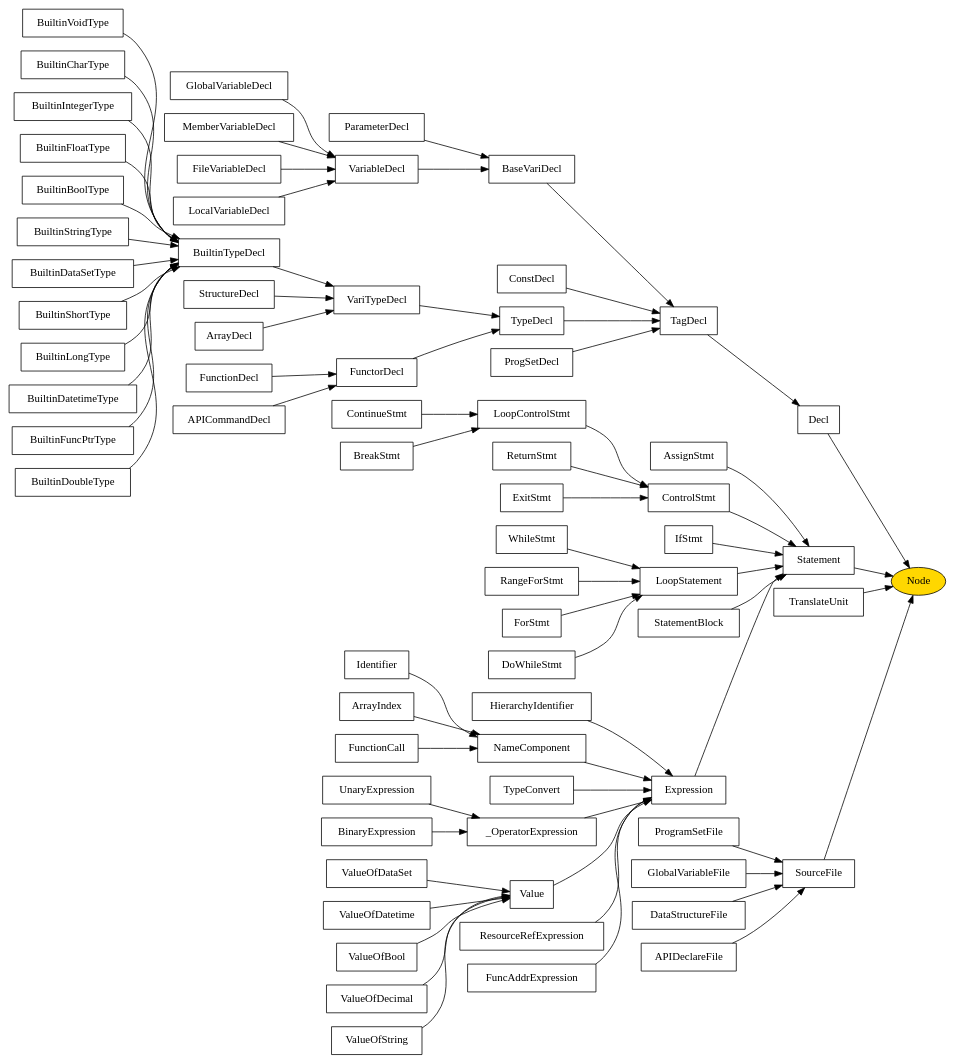
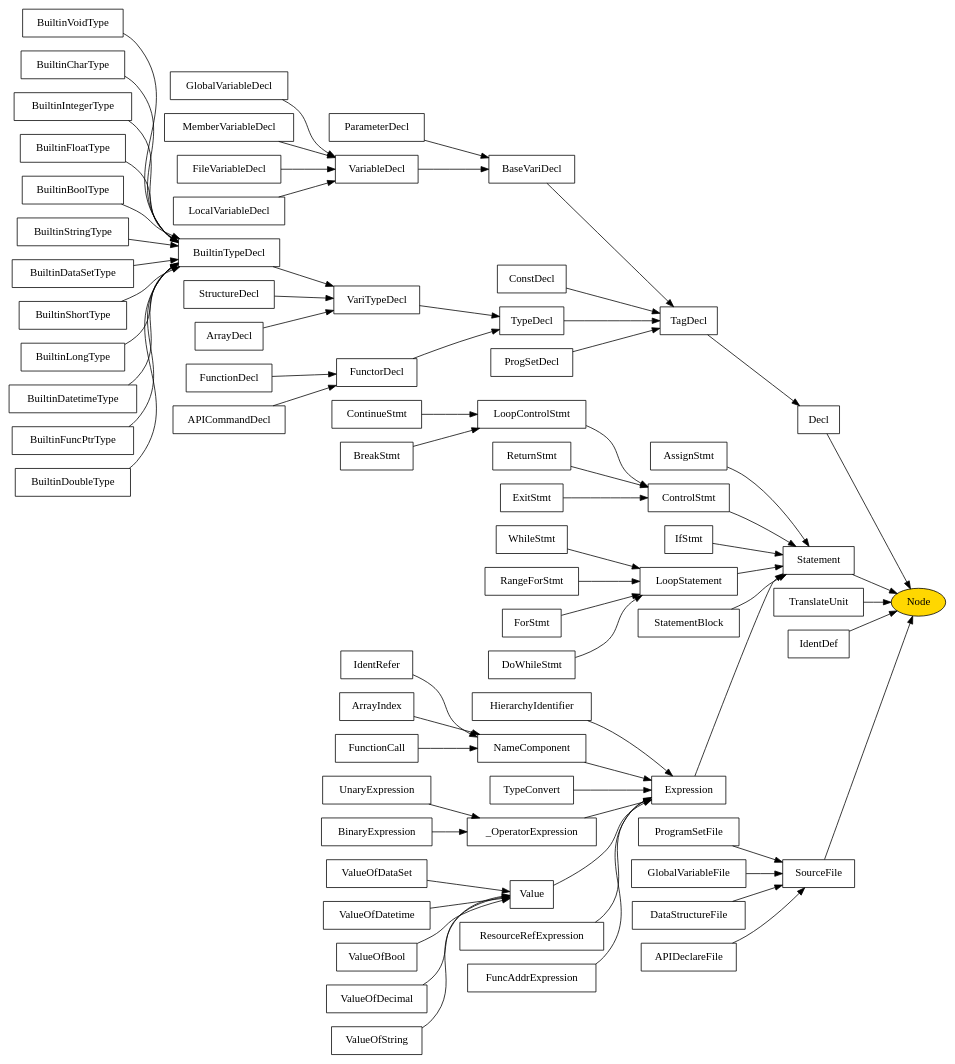
The diagram in Compiler/rexlang_compiler/NodeClassInheritance.dot (RonxBulld/RexLang), drawn with Graphviz before and after one commit. The commit also changed 11 other files, not shown here.

Commit message:
引入IdentDef/IdentRef

```diff
--- a/Compiler/rexlang_compiler/NodeClassInheritance.dot
+++ b/Compiler/rexlang_compiler/NodeClassInheritance.dot
@@ -1,76 +1,77 @@
 digraph G {
 	rankdir=LR;
 	node[shape=box];
 
 	"SourceFile" -> "Node"
 	"ProgramSetFile" -> "SourceFile"
 	"GlobalVariableFile" -> "SourceFile"
 	"DataStructureFile" -> "SourceFile"
 	"APIDeclareFile" -> "SourceFile"
 	"Decl" -> "Node"
 	"TagDecl" -> "Decl"
 	"BaseVariDecl" -> "TagDecl"
 	"ParameterDecl" -> "BaseVariDecl"
 	"VariableDecl" -> "BaseVariDecl"
 	"GlobalVariableDecl" -> "VariableDecl"
 	"MemberVariableDecl" -> "VariableDecl"
 	"FileVariableDecl" -> "VariableDecl"
 	"LocalVariableDecl" -> "VariableDecl"
 	"ConstDecl" -> "TagDecl"
 	"TypeDecl" -> "TagDecl"
 	"VariTypeDecl"->"TypeDecl"
 	"BuiltinTypeDecl" -> "VariTypeDecl"
 	"StructureDecl" -> "VariTypeDecl"
 	"ArrayDecl" -> "VariTypeDecl"
 	"FunctorDecl" -> "TypeDecl"
 	"FunctionDecl" -> "FunctorDecl"
 	"APICommandDecl" -> "FunctorDecl"
 	"ProgSetDecl" -> "TagDecl"
 	"Statement" -> "Node"
 	"AssignStmt" -> "Statement"
 	"ControlStmt" -> "Statement"
 	"LoopControlStmt" -> "ControlStmt"
 	"ContinueStmt" -> "LoopControlStmt"
 	"BreakStmt" -> "LoopControlStmt"
 	"ReturnStmt" -> "ControlStmt"
 	"ExitStmt" -> "ControlStmt"
 	"IfStmt" -> "Statement"
 	"LoopStatement" -> "Statement"
 	"WhileStmt" -> "LoopStatement"
 	"RangeForStmt" -> "LoopStatement"
 	"ForStmt" -> "LoopStatement"
 	"DoWhileStmt" -> "LoopStatement"
 	"StatementBlock" -> "Statement"
 	"Expression" -> "Statement"
 	"HierarchyIdentifier" -> "Expression"
 	"NameComponent" -> "Expression"
-	"Identifier" -> "NameComponent"
+	"IdentRefer" -> "NameComponent"
 	"ArrayIndex" -> "NameComponent"
 	"FunctionCall" -> "NameComponent"
 	"TypeConvert" -> "Expression"
 	"_OperatorExpression" -> "Expression"
 	"UnaryExpression" -> "_OperatorExpression"
 	"BinaryExpression" -> "_OperatorExpression"
 	"Value" -> "Expression"
 	"ValueOfDataSet" -> "Value"
 	"ValueOfDatetime" -> "Value"
 	"ResourceRefExpression" -> "Expression"
 	"FuncAddrExpression" -> "Expression"
 	"ValueOfBool" -> "Value"
 	"ValueOfDecimal" -> "Value"
 	"ValueOfString" -> "Value"
 	"TranslateUnit" -> "Node"
 	"BuiltinVoidType" -> "BuiltinTypeDecl"
 	"BuiltinCharType" -> "BuiltinTypeDecl"
 	"BuiltinIntegerType" -> "BuiltinTypeDecl"
 	"BuiltinFloatType" -> "BuiltinTypeDecl"
 	"BuiltinBoolType" -> "BuiltinTypeDecl"
 	"BuiltinStringType" -> "BuiltinTypeDecl"
 	"BuiltinDataSetType" -> "BuiltinTypeDecl"
 	"BuiltinShortType" -> "BuiltinTypeDecl"
 	"BuiltinLongType" -> "BuiltinTypeDecl"
 	"BuiltinDatetimeType" -> "BuiltinTypeDecl"
 	"BuiltinFuncPtrType" -> "BuiltinTypeDecl"
 	"BuiltinDoubleType" -> "BuiltinTypeDecl"
+	"IdentDef" -> "Node"
 	"Node"[shape=ellipse fillcolor=gold style=filled];
 }
```
